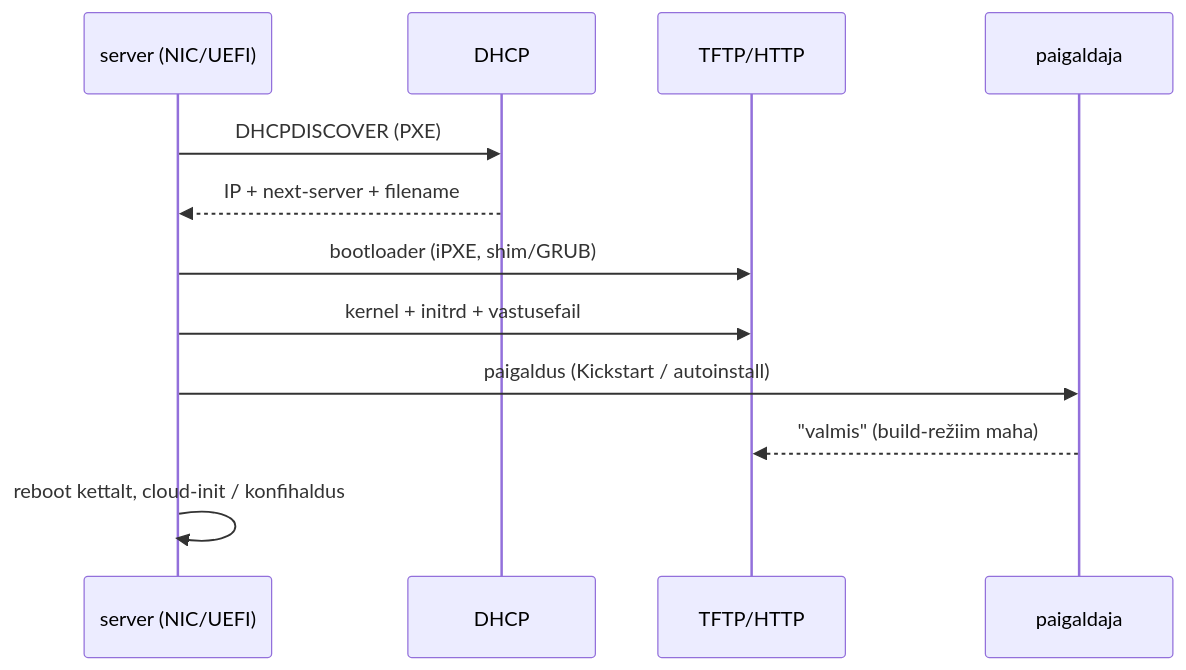
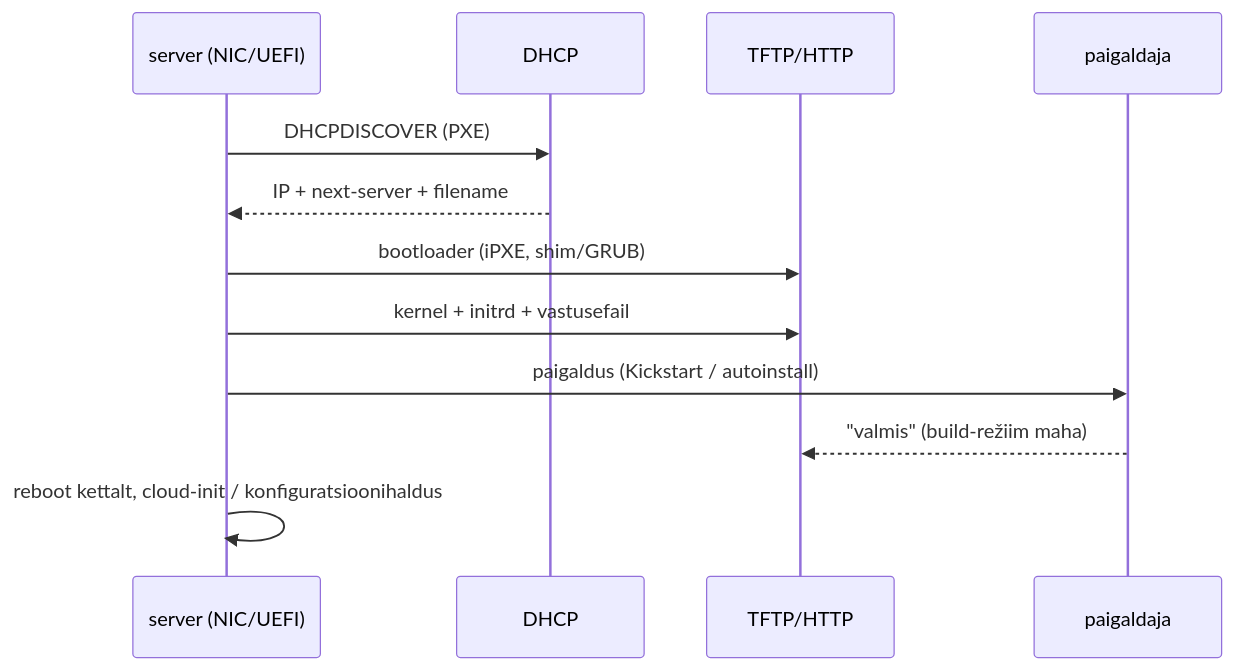
Before and after one commit to hkhk-tk/is1-automatiseerimine: the diagram in docs/teemad/provisioning.md, drawn with Mermaid. The commit also changed other lines of this file and 103 other files, not shown here.

````diff
--- a/docs/teemad/provisioning.md
+++ b/docs/teemad/provisioning.md
@@ -25,14 +25,14 @@
 ```mermaid
 sequenceDiagram
     participant S as server (NIC/UEFI)
     participant D as DHCP
     participant T as TFTP/HTTP
     participant P as paigaldaja
     S->>D: DHCPDISCOVER (PXE)
     D-->>S: IP + next-server + filename
     S->>T: bootloader (iPXE, shim/GRUB)
     S->>T: kernel + initrd + vastusefail
     S->>P: paigaldus (Kickstart / autoinstall)
     P-->>T: "valmis" (build-režiim maha)
-    S->>S: reboot kettalt, cloud-init / konfihaldus
+    S->>S: reboot kettalt, cloud-init / konfiguratsioonihaldus
 ```
````
